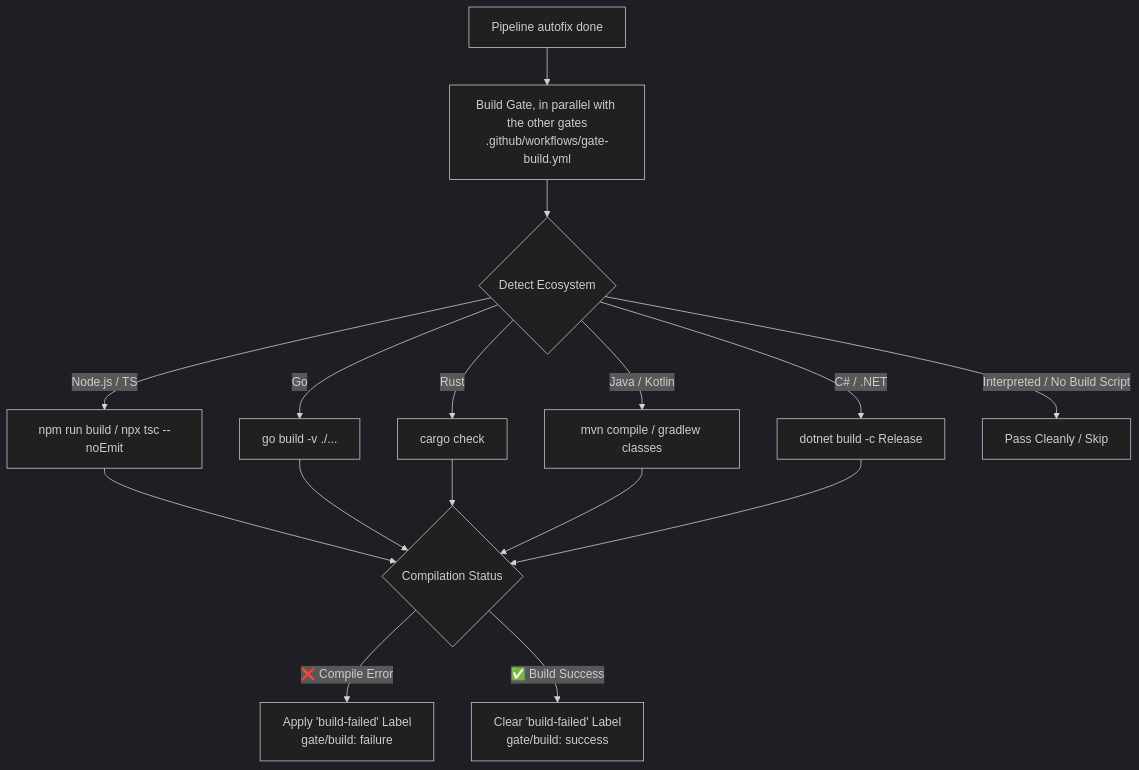
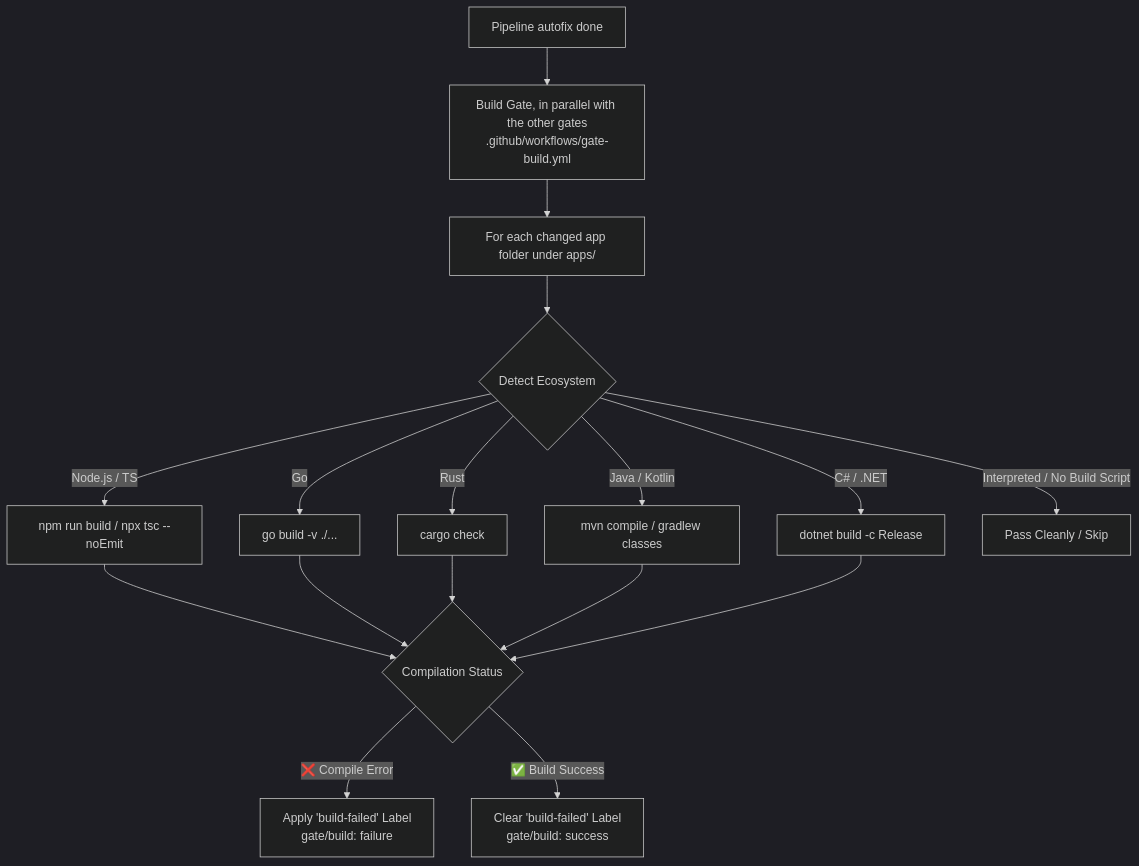
One commit to SitoaderOrg/ForgeFlow changed the diagram in docs/build.md. Above: the diagram before and after it, drawn with Mermaid (dark theme). The commit also changed other lines of this file and 32 other files, not shown here.

First line of the commit message:
refactor: move app files into apps/ and make gates per-app

````diff
--- a/docs/build.md
+++ b/docs/build.md
@@ -9,21 +9,22 @@
 ```mermaid
 flowchart TD
     Stage1Pass[Pipeline autofix done] --> BuildGate[Build Gate, in parallel with the other gates\n.github/workflows/gate-build.yml]
     
-    BuildGate --> DetectLang{Detect Ecosystem}
+    BuildGate --> Apps[For each changed app folder under apps/]
+    Apps --> DetectLang{Detect Ecosystem}
     DetectLang -->|Node.js / TS| BuildNode[npm run build / npx tsc --noEmit]
     DetectLang -->|Go| BuildGo[go build -v ./...]
     DetectLang -->|Rust| BuildRust[cargo check]
     DetectLang -->|Java / Kotlin| BuildJava[mvn compile / gradlew classes]
     DetectLang -->|C# / .NET| BuildDotnet[dotnet build -c Release]
     DetectLang -->|Interpreted / No Build Script| PassClean[Pass Cleanly / Skip]
 
     BuildNode --> StatusCheck{Compilation Status}
     BuildGo --> StatusCheck
     BuildRust --> StatusCheck
     BuildJava --> StatusCheck
     BuildDotnet --> StatusCheck
 
     StatusCheck -->|❌ Compile Error| AddLabel[Apply 'build-failed' Label\ngate/build: failure]
     StatusCheck -->|✅ Build Success| ClearLabel[Clear 'build-failed' Label\ngate/build: success]
 ```
````
